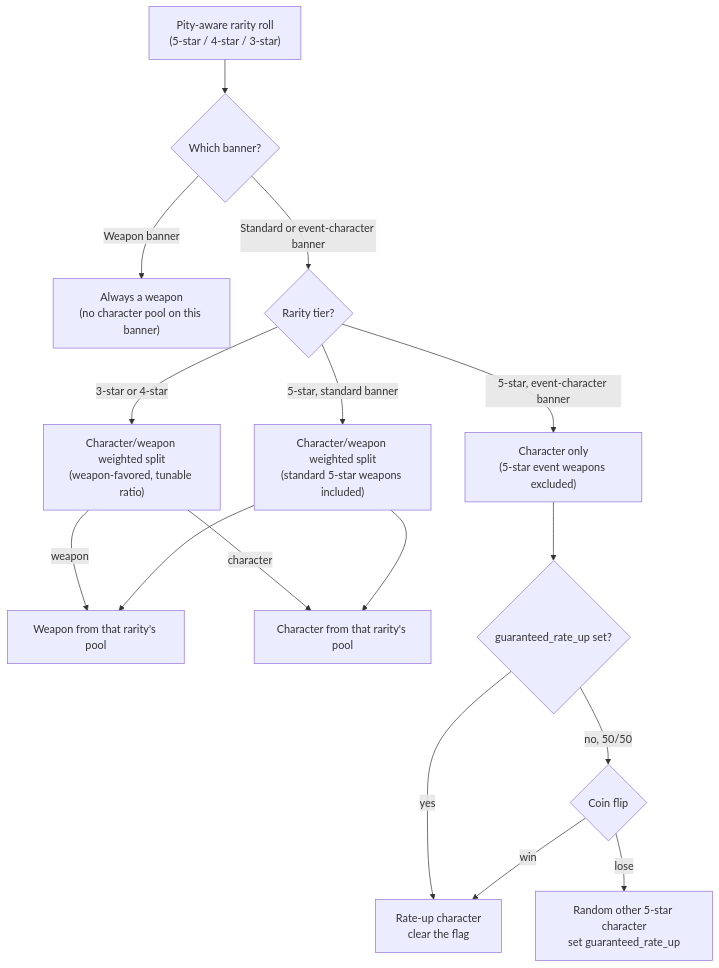
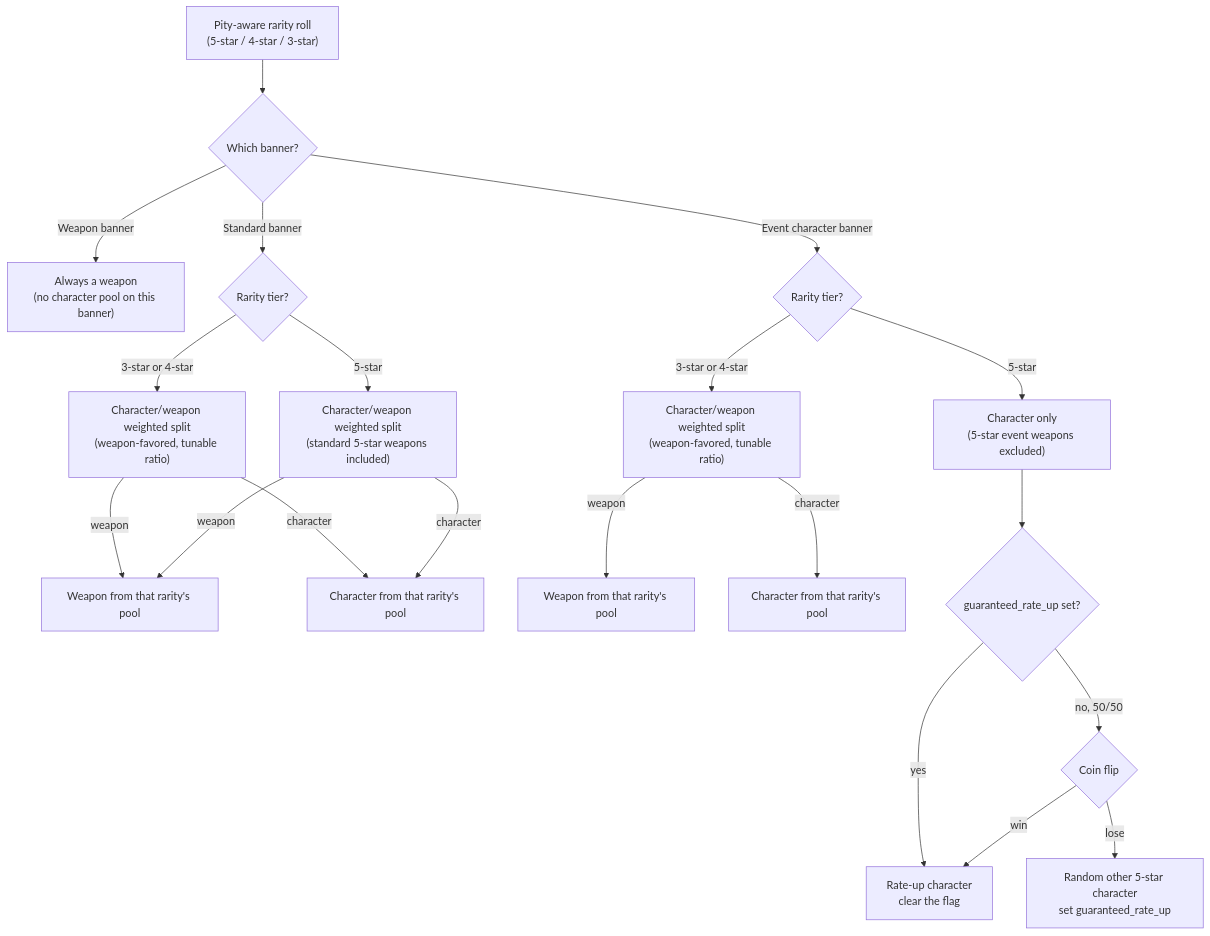
One commit to sm-steel/ley-shards-bot changed the second of 2 diagrams in GACHA.md. Above: the diagram before and after it, drawn with Mermaid.

Commit message:
GACHA.md: separate the roll flowchart into three distinct banner branches
Previously "Which banner?" fed into a single shared rarity-tier subtree
covering both standard and event-character banners, splitting only at
the 5-star leaf. Restructured so weapon/standard/event-character are
three fully independent branches from the top, each with its own
rarity-tier node -- easier to follow at a glance, small duplication of
the 3/4-star weighted-split node accepted as the trade-off.

Re-verified by rendering in the artifact before committing.

````diff
--- a/GACHA.md
+++ b/GACHA.md
@@ -126,23 +126,25 @@
 ```mermaid
 flowchart TD
     A["Pity-aware rarity roll<br/>(5-star / 4-star / 3-star)"] --> B{"Which banner?"}
 
     B -->|Weapon banner| W["Always a weapon<br/>(no character pool on this banner)"]
 
-    B -->|Standard or event-character banner| C{"Rarity tier?"}
+    B -->|Standard banner| SC{"Rarity tier?"}
+    SC -->|"3-star or 4-star"| SD["Character/weapon weighted split<br/>(weapon-favored, tunable ratio)"]
+    SD -->|weapon| SDW["Weapon from that rarity's pool"]
+    SD -->|character| SDC["Character from that rarity's pool"]
+    SC -->|5-star| SE["Character/weapon weighted split<br/>(standard 5-star weapons included)"]
+    SE -->|weapon| SDW
+    SE -->|character| SDC
 
-    C -->|"3-star or 4-star"| D["Character/weapon weighted split<br/>(weapon-favored, tunable ratio)"]
-    D -->|weapon| DW["Weapon from that rarity's pool"]
-    D -->|character| DC["Character from that rarity's pool"]
-
-    C -->|5-star, standard banner| E["Character/weapon weighted split<br/>(standard 5-star weapons included)"]
-    E --> DW
-    E --> DC
-
-    C -->|5-star, event-character banner| F["Character only<br/>(5-star event weapons excluded)"]
-    F --> G{"guaranteed_rate_up set?"}
-    G -->|yes| H["Rate-up character<br/>clear the flag"]
-    G -->|no, 50/50| I{"Coin flip"}
-    I -->|win| H
-    I -->|lose| J["Random other 5-star character<br/>set guaranteed_rate_up"]
+    B -->|Event character banner| EC{"Rarity tier?"}
+    EC -->|"3-star or 4-star"| ED["Character/weapon weighted split<br/>(weapon-favored, tunable ratio)"]
+    ED -->|weapon| EDW["Weapon from that rarity's pool"]
+    ED -->|character| EDC["Character from that rarity's pool"]
+    EC -->|5-star| EF["Character only<br/>(5-star event weapons excluded)"]
+    EF --> EG{"guaranteed_rate_up set?"}
+    EG -->|yes| EH["Rate-up character<br/>clear the flag"]
+    EG -->|no, 50/50| EI{"Coin flip"}
+    EI -->|win| EH
+    EI -->|lose| EJ["Random other 5-star character<br/>set guaranteed_rate_up"]
 ```
````
